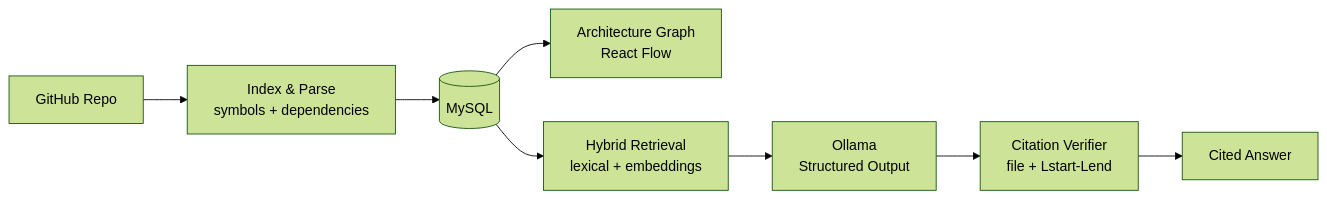
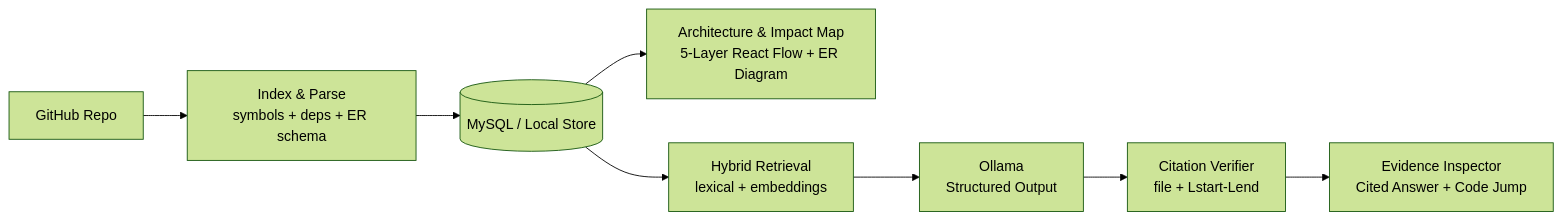
One commit to MojaveMix/VisualRepo changed the diagram in README.md. Above: the diagram before and after it, drawn with Mermaid (forest theme). The commit also changed other lines of this file and 25 other files, not shown here.

````diff
--- a/README.md
+++ b/README.md
@@ -51,10 +54,10 @@
 ```mermaid
 flowchart LR
-    A["GitHub Repo"] --> B["Index & Parse<br/>symbols + dependencies"]
-    B --> C[("MySQL")]
-    C --> D["Architecture Graph<br/>React Flow"]
+    A["GitHub Repo"] --> B["Index & Parse<br/>symbols + deps + ER schema"]
+    B --> C[("MySQL / Local Store")]
+    C --> D["Architecture & Impact Map<br/>5-Layer React Flow + ER Diagram"]
     C --> E["Hybrid Retrieval<br/>lexical + embeddings"]
     E --> F["Ollama<br/>Structured Output"]
     F --> G["Citation Verifier<br/>file + Lstart-Lend"]
-    G --> H["Cited Answer"]
+    G --> H["Evidence Inspector<br/>Cited Answer + Code Jump"]
 ```
````
